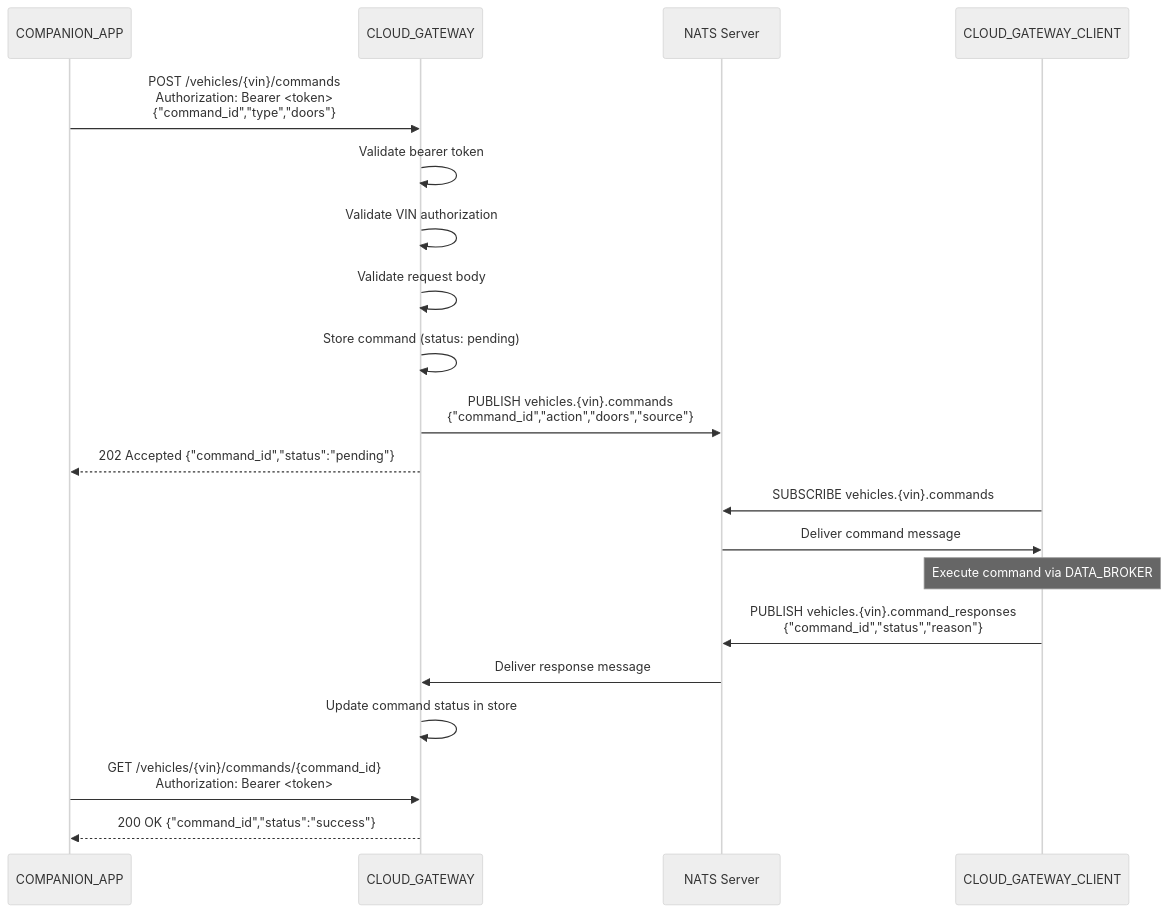
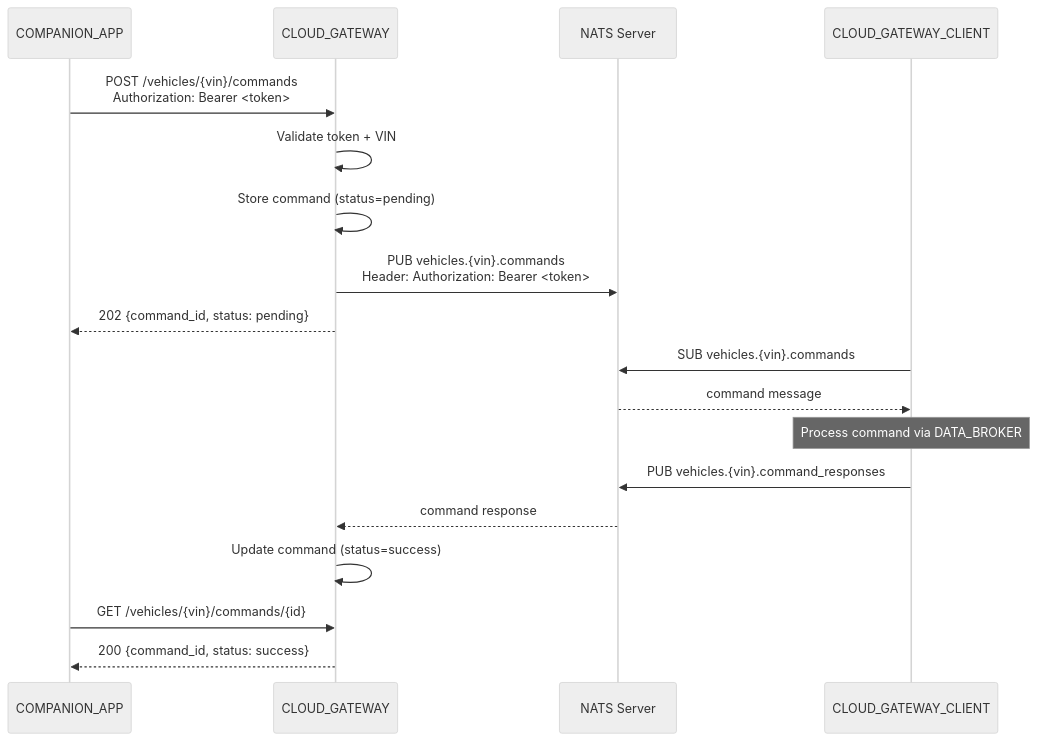
One commit to rhadp/parking-fee-service changed the second of 2 diagrams in .specs/06_cloud_gateway/design.md. Above: the diagram before and after it, drawn with Mermaid (neutral theme). The commit also changed other lines of this file and 42 other files, not shown here.

````diff
--- a/.specs/06_cloud_gateway/design.md
+++ b/.specs/06_cloud_gateway/design.md
@@ -257,27 +38,24 @@
 ```mermaid
 sequenceDiagram
     participant CA as COMPANION_APP
     participant CG as CLOUD_GATEWAY
     participant NATS as NATS Server
     participant CGC as CLOUD_GATEWAY_CLIENT
 
-    CA->>CG: POST /vehicles/{vin}/commands<br/>Authorization: Bearer <token><br/>{"command_id","type","doors"}
-    CG->>CG: Validate bearer token
-    CG->>CG: Validate VIN authorization
-    CG->>CG: Validate request body
-    CG->>CG: Store command (status: pending)
-    CG->>NATS: PUBLISH vehicles.{vin}.commands<br/>{"command_id","action","doors","source"}
-    CG-->>CA: 202 Accepted {"command_id","status":"pending"}
+    CA->>CG: POST /vehicles/{vin}/commands<br/>Authorization: Bearer <token>
+    CG->>CG: Validate token + VIN
+    CG->>CG: Store command (status=pending)
+    CG->>NATS: PUB vehicles.{vin}.commands<br/>Header: Authorization: Bearer <token>
+    CG-->>CA: 202 {command_id, status: pending}
 
-    CGC->>NATS: SUBSCRIBE vehicles.{vin}.commands
-    NATS->>CGC: Deliver command message
+    CGC->>NATS: SUB vehicles.{vin}.commands
+    NATS-->>CGC: command message
+    Note over CGC: Process command via DATA_BROKER
 
-    Note over CGC: Execute command via DATA_BROKER
+    CGC->>NATS: PUB vehicles.{vin}.command_responses
+    NATS-->>CG: command response
+    CG->>CG: Update command (status=success)
 
-    CGC->>NATS: PUBLISH vehicles.{vin}.command_responses<br/>{"command_id","status","reason"}
-    NATS->>CG: Deliver response message
-    CG->>CG: Update command status in store
-
-    CA->>CG: GET /vehicles/{vin}/commands/{command_id}<br/>Authorization: Bearer <token>
-    CG-->>CA: 200 OK {"command_id","status":"success"}
+    CA->>CG: GET /vehicles/{vin}/commands/{id}
+    CG-->>CA: 200 {command_id, status: success}
 ```
````
